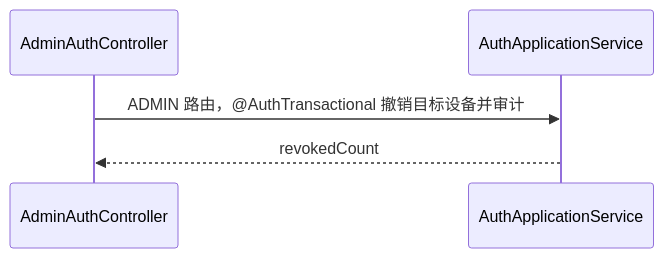
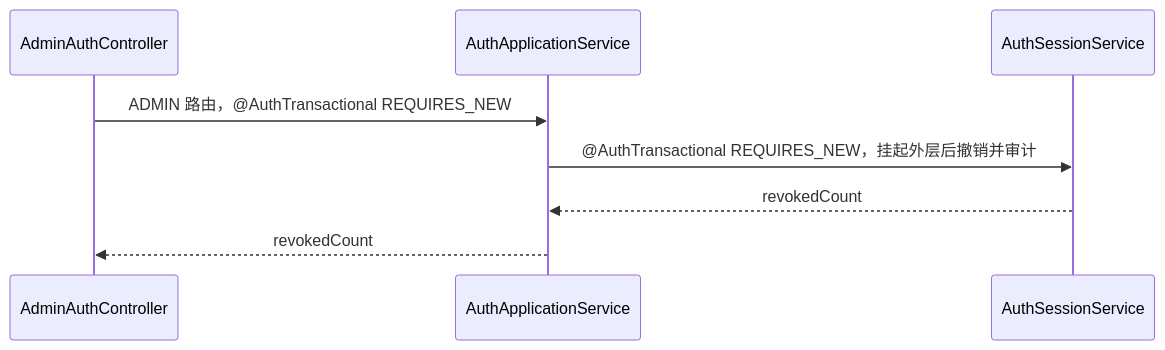
One commit to Kylinlixd/suno changed diagram 26 of 42 in docs/requirements/identity.md. Above: the diagram before and after it, drawn with Mermaid. The commit also changed other lines of this file and 2 other files, not shown here.

Commit message:
docs: clarify identity and operations transaction flows

````diff
--- a/docs/requirements/identity.md
+++ b/docs/requirements/identity.md
@@ -252,7 +264,10 @@
 ```mermaid
 sequenceDiagram
   participant C as AdminAuthController#revokeUserDevice
   participant A as AuthApplicationService#adminRevokeUserDeviceSession
-  C->>A: ADMIN 路由，@AuthTransactional 撤销目标设备并审计
+  participant S as AuthSessionService#adminRevokeUserDeviceSession
+  C->>A: ADMIN 路由，@AuthTransactional REQUIRES_NEW
+  A->>S: @AuthTransactional REQUIRES_NEW，挂起外层后撤销并审计
+  S-->>A: revokedCount
   A-->>C: revokedCount
 ```
````
